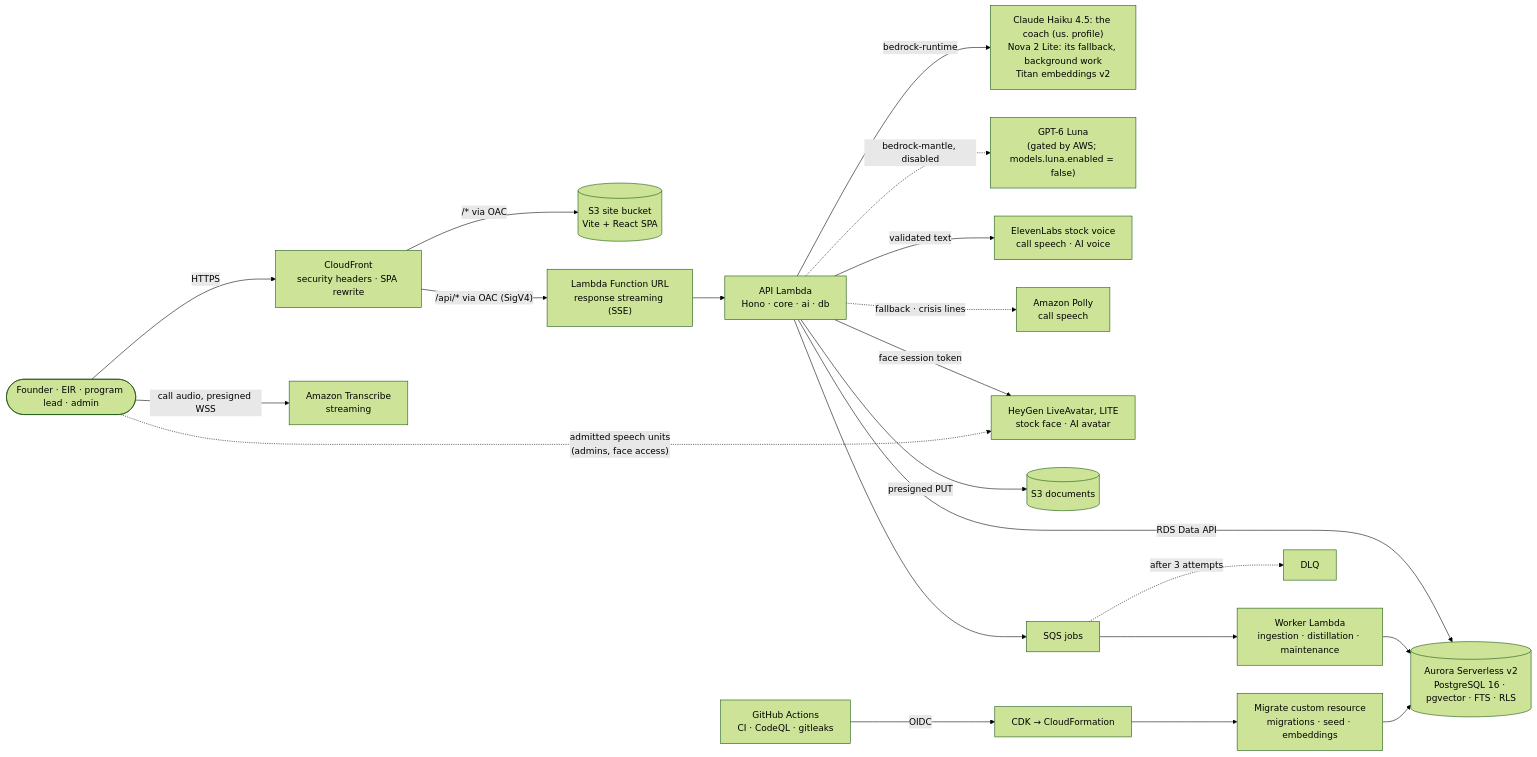
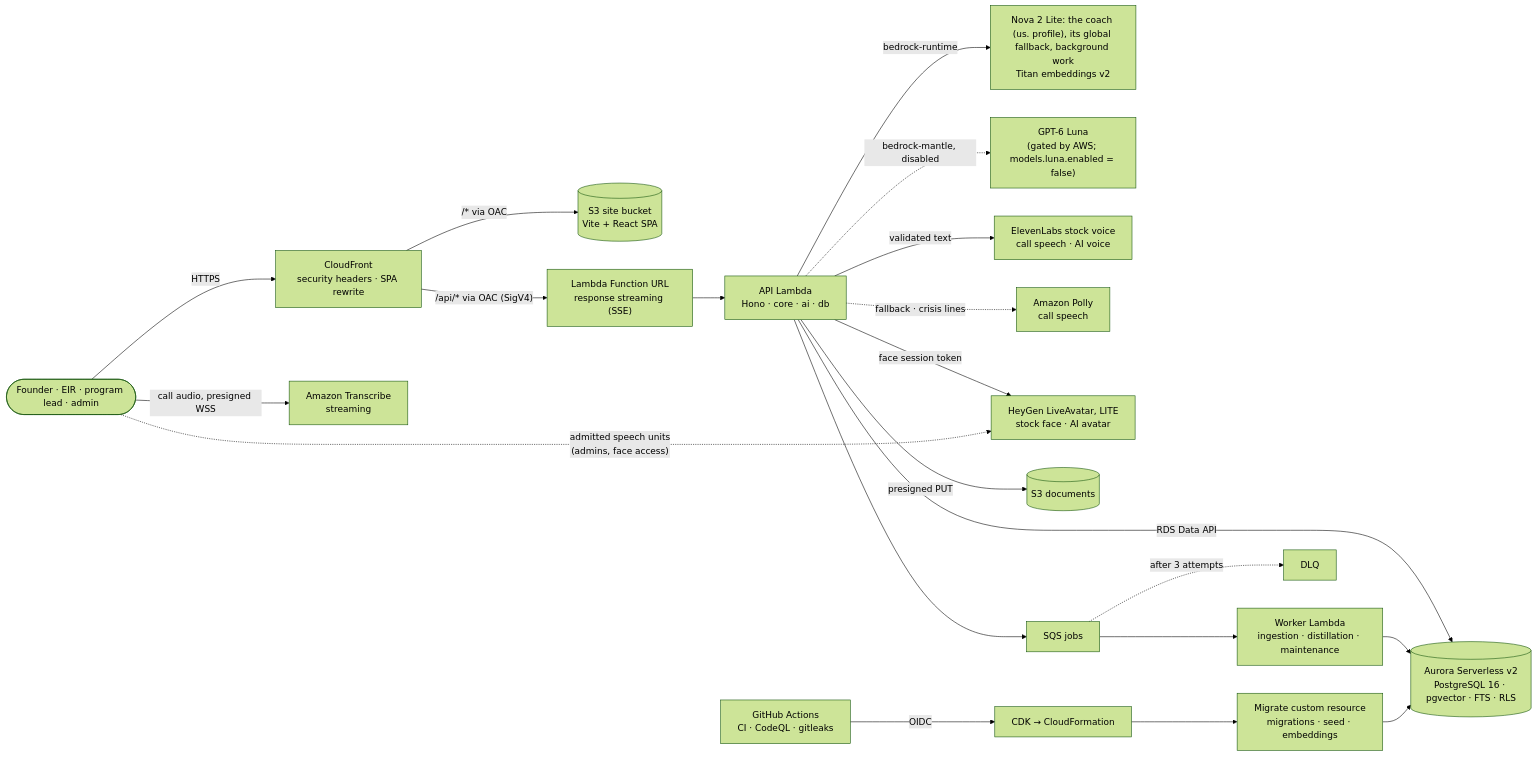
One commit to satvikOS/Foundry-Ascent changed the diagram in README.md. Above: the diagram before and after it, drawn with Mermaid (forest theme). The commit also changed other lines of this file and 352 other files, not shown here.

````diff
--- a/README.md
+++ b/README.md
@@ -58,21 +58,21 @@
 ```mermaid
 flowchart LR
   user(["Founder · EIR · program lead · admin"]) -->|HTTPS| cf["CloudFront<br/>security headers · SPA rewrite"]
   user -->|"call audio, presigned WSS"| stt["Amazon Transcribe<br/>streaming"]
   cf -->|"/* via OAC"| site[("S3 site bucket<br/>Vite + React SPA")]
   cf -->|"/api/* via OAC (SigV4)"| url["Lambda Function URL<br/>response streaming (SSE)"]
   url --> api["API Lambda<br/>Hono · core · ai · db"]
   api -->|"RDS Data API"| db[("Aurora Serverless v2<br/>PostgreSQL 16 · pgvector · FTS · RLS")]
-  api -->|"bedrock-runtime"| nova["Claude Haiku 4.5: the coach (us. profile)<br/>Nova 2 Lite: its fallback, background work<br/>Titan embeddings v2"]
+  api -->|"bedrock-runtime"| nova["Nova 2 Lite: the coach (us. profile), its global fallback, background work<br/>Titan embeddings v2"]
   api -.->|"bedrock-mantle, disabled"| luna["GPT-6 Luna<br/>(gated by AWS; models.luna.enabled = false)"]
   api -->|"validated text"| voice["ElevenLabs stock voice<br/>call speech · AI voice"]
   api -.->|"fallback · crisis lines"| polly["Amazon Polly<br/>call speech"]
   api -->|"face session token"| face["HeyGen LiveAvatar, LITE<br/>stock face · AI avatar"]
   user -.->|"admitted speech units<br/>(admins, face access)"| face
   api -->|"presigned PUT"| docs[("S3 documents")]
   api --> jobs["SQS jobs"] --> worker["Worker Lambda<br/>ingestion · distillation · maintenance"]
   worker --> db
   jobs -.->|"after 3 attempts"| dlq["DLQ"]
   gh["GitHub Actions<br/>CI · CodeQL · gitleaks"] -->|"OIDC"| cdk["CDK → CloudFormation"]
   cdk --> migrate["Migrate custom resource<br/>migrations · seed · embeddings"] --> db
 ```
````
